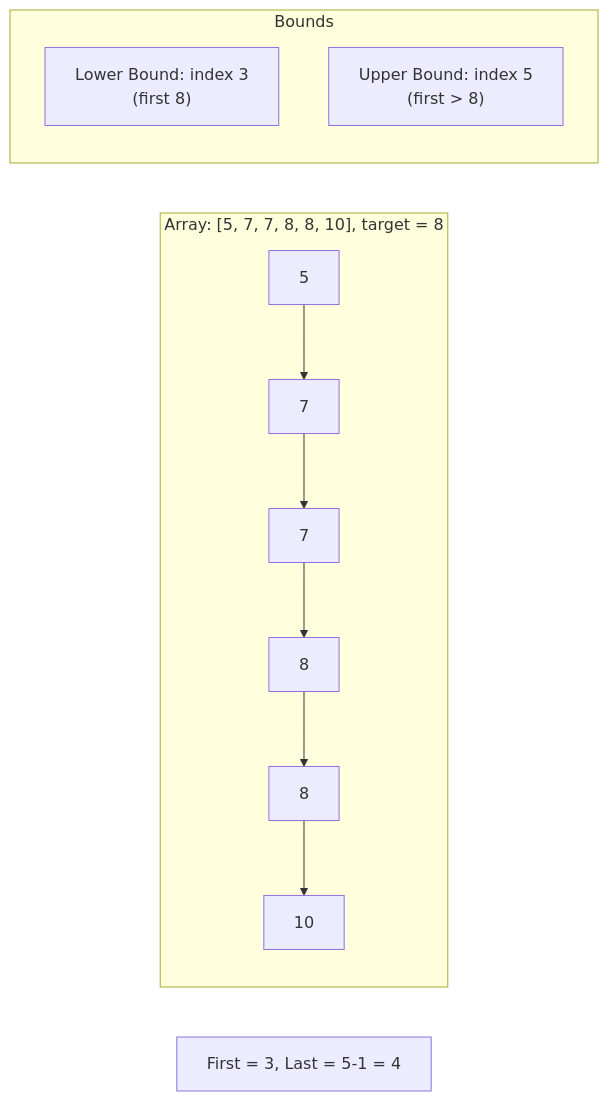
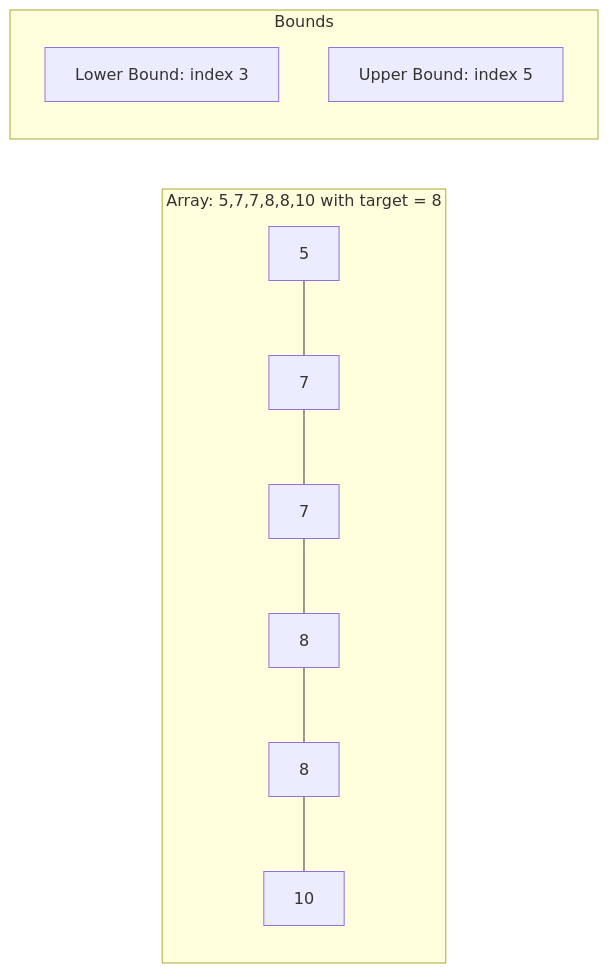
Before and after one commit to pentoshi007/tuf: the seventh of 14 diagrams in dsa/Advanced/04-Binary search/02-logic-building/logic-building-1.md, drawn with Mermaid. The commit also changed other lines of this file and 1 other file, not shown here.

First line of the commit message:
Fix Mermaid diagram syntax for GitHub compatibility

````diff
--- a/dsa/Advanced/04-Binary search/02-logic-building/logic-building-1.md
+++ b/dsa/Advanced/04-Binary search/02-logic-building/logic-building-1.md
@@ -402,13 +405,11 @@
 ```mermaid
 flowchart LR
-    subgraph Array["Array: [5, 7, 7, 8, 8, 10], target = 8"]
-        A["5"] --> B["7"] --> C["7"] --> D["8"] --> E["8"] --> F["10"]
+    subgraph Array["Array: 5,7,7,8,8,10 with target = 8"]
+        A["5"] --- B["7"] --- C["7"] --- D["8"] --- E["8"] --- F["10"]
     end
     
-    subgraph Bounds["Bounds"]
-        LB["Lower Bound: index 3\n(first 8)"]
-        UB["Upper Bound: index 5\n(first > 8)"]
+    subgraph Bounds
+        LB["Lower Bound: index 3"]
+        UB["Upper Bound: index 5"]
     end
-    
-    Result["First = 3, Last = 5-1 = 4"]
 ```
````
